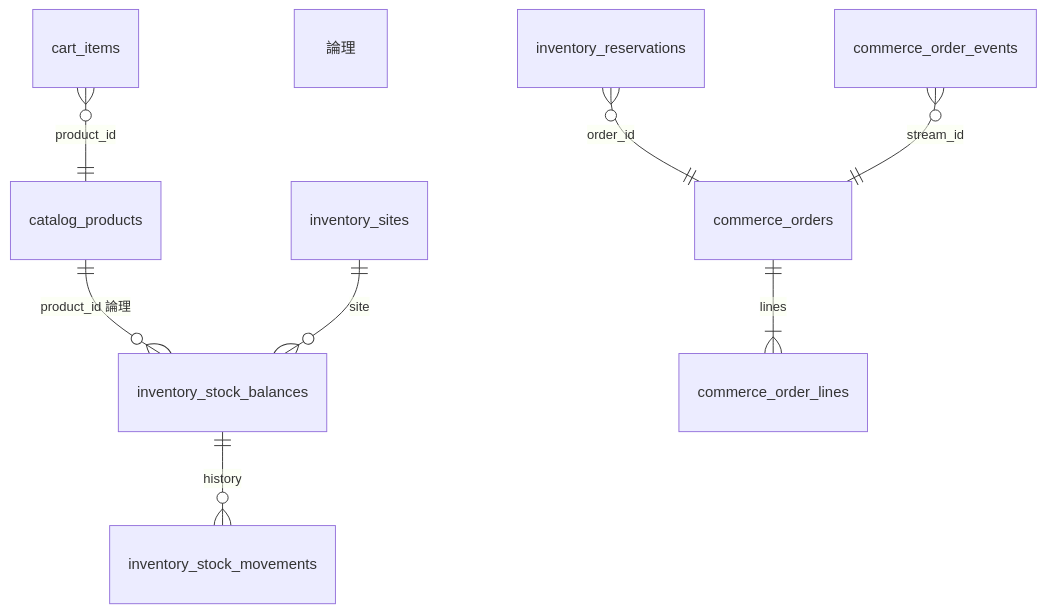
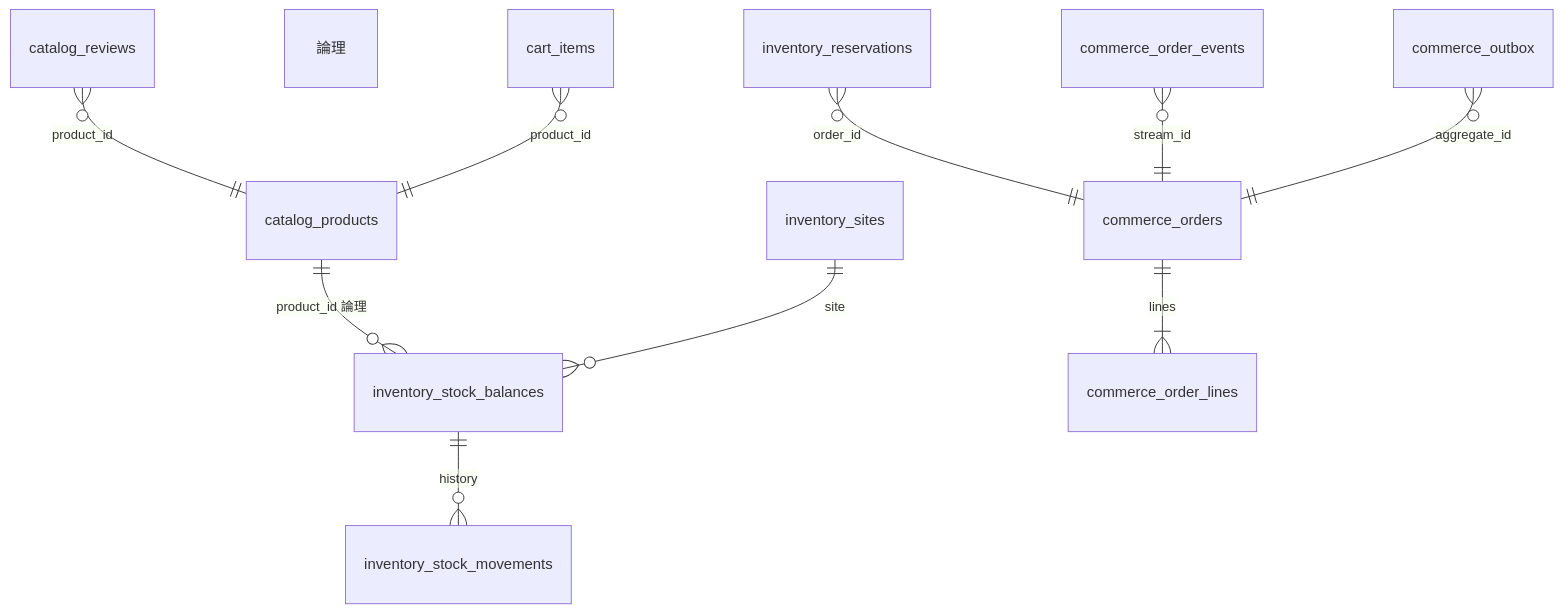
The sixth of 6 diagrams in portfolio-plan/commerce-platform/docs/06-diagrams.md (maeplego/portfolio-plan), drawn with Mermaid before and after one commit. The commit also changed other lines of this file and 50 other files, not shown here.

````diff
--- a/portfolio-plan/commerce-platform/docs/06-diagrams.md
+++ b/portfolio-plan/commerce-platform/docs/06-diagrams.md
@@ -111,10 +114,12 @@
 ```mermaid
 erDiagram
   catalog_products ||--o{ inventory_stock_balances : "product_id 論理"
   inventory_sites ||--o{ inventory_stock_balances : site
   inventory_stock_balances ||--o{ inventory_stock_movements : history
   inventory_reservations }o--|| commerce_orders : order_id 論理
   commerce_orders ||--|{ commerce_order_lines : lines
   commerce_order_events }o--|| commerce_orders : stream_id
+  commerce_outbox }o--|| commerce_orders : aggregate_id
+  catalog_reviews }o--|| catalog_products : product_id
   cart_items }o--|| catalog_products : product_id 論理
 ```
````
